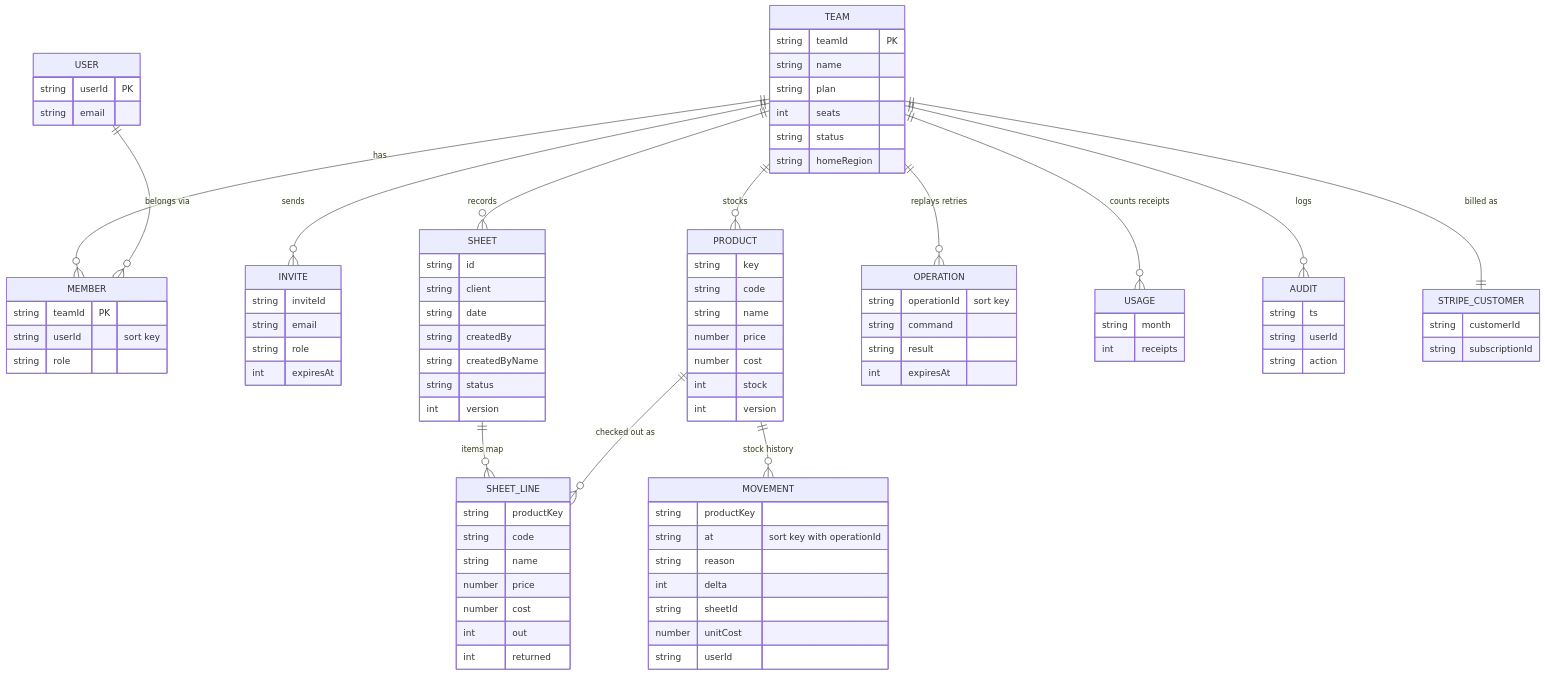
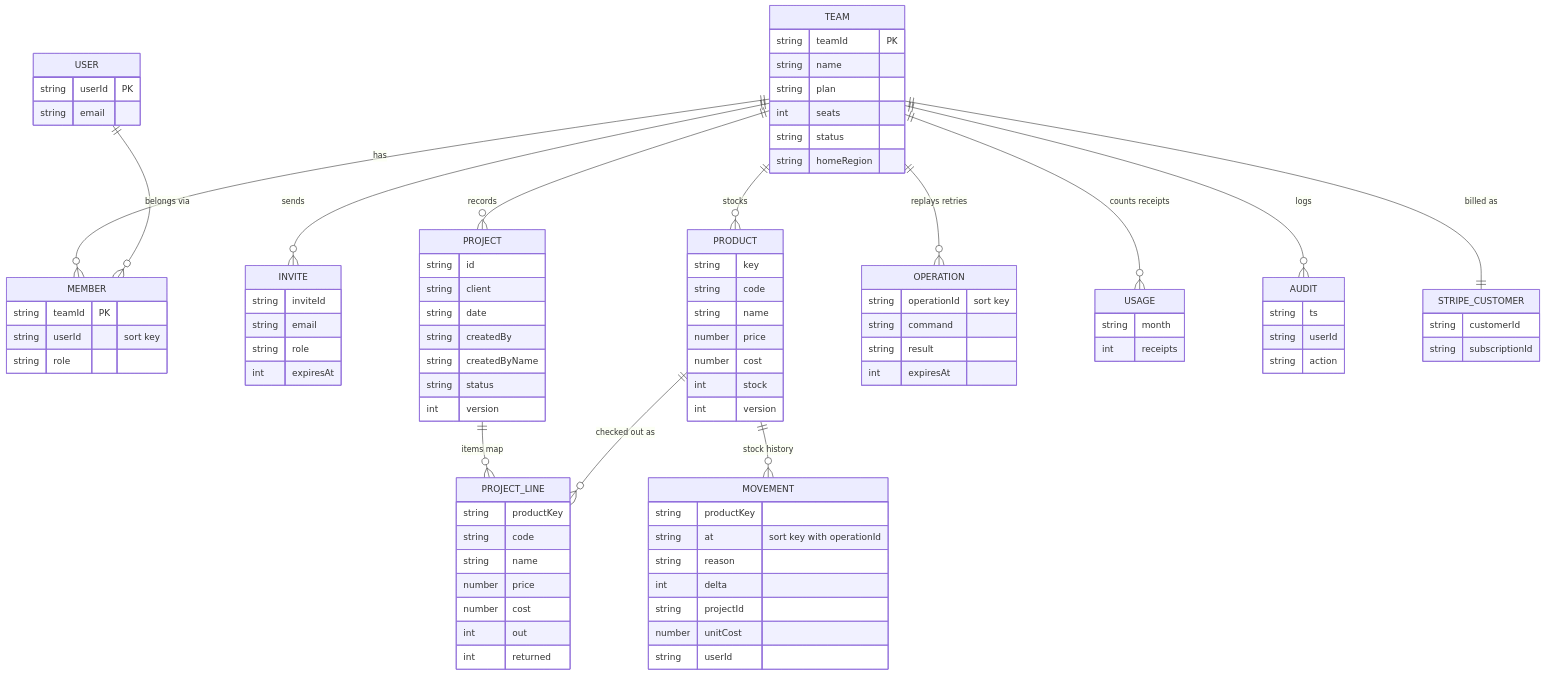
One commit to davetashner/supply-checkout changed diagram 11 of 12 in docs/architecture/README.md. Above: the diagram before and after it, drawn with Mermaid. The commit also changed other lines of this file and 77 other files, not shown here.

```diff
--- a/docs/architecture/README.md
+++ b/docs/architecture/README.md
@@ -416,9 +416,9 @@
   USER ||--o{ MEMBER : "belongs via"
   TEAM ||--o{ INVITE : sends
   TEAM ||--o{ PRODUCT : stocks
-  TEAM ||--o{ SHEET : records
-  SHEET ||--o{ SHEET_LINE : "items map"
-  PRODUCT ||--o{ SHEET_LINE : "checked out as"
+  TEAM ||--o{ PROJECT : records
+  PROJECT ||--o{ PROJECT_LINE : "items map"
+  PRODUCT ||--o{ PROJECT_LINE : "checked out as"
   PRODUCT ||--o{ MOVEMENT : "stock history"
   TEAM ||--o{ OPERATION : "replays retries"
   TEAM ||--o{ USAGE : "counts receipts"
@@ -457,7 +457,7 @@
     int stock
     int version
   }
-  SHEET {
+  PROJECT {
     string id
     string client
     string date
@@ -466,7 +466,7 @@
     string status
     int version
   }
-  SHEET_LINE {
+  PROJECT_LINE {
     string productKey
     string code
     string name
@@ -480,7 +480,7 @@
     string at "sort key with operationId"
     string reason
     int delta
-    string sheetId
+    string projectId
     number unitCost
     string userId
   }
```
